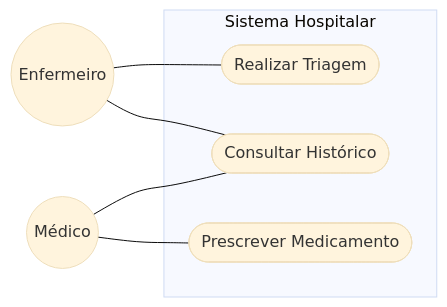
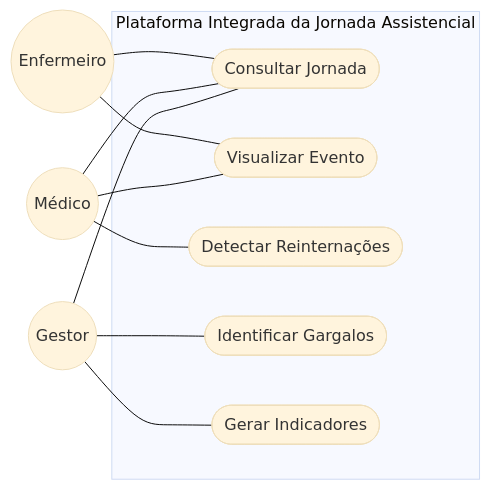
The diagram in documentacao_geral/03-casos-uso.md (fel201/gestao-hospitalar-hc), drawn with Mermaid (base theme) before and after one commit. The commit also changed other lines of this file, not shown here.

Commit message:
Adiciona casos de uso da plataforma

````diff
--- a/documentacao_geral/03-casos-uso.md
+++ b/documentacao_geral/03-casos-uso.md
@@ -5,18 +5,26 @@
 ```mermaid
 flowchart LR
-    %% Definição dos Atores
+
+    G((Gestor))
+    M((Médico))
     E((Enfermeiro))
-    M((Médico))
-    
-    subgraph "Sistema Hospitalar"
-        UC1([Realizar Triagem])
-        UC2([Consultar Histórico])
-        UC3([Prescrever Medicamento])
+
+    subgraph Plataforma["Plataforma Integrada da Jornada Assistencial"]
+        UC1([Consultar Jornada])
+        UC2([Visualizar Evento])
+        UC3([Detectar Reinternações])
+        UC4([Identificar Gargalos])
+        UC5([Gerar Indicadores])
     end
-    
-    %% Relacionamentos
+
+    G --- UC1
+    G --- UC4
+    G --- UC5
+
+    M --- UC1
+    M --- UC2
+    M --- UC3
+
     E --- UC1
     E --- UC2
-    M --- UC2
-    M --- UC3
 ```
````
